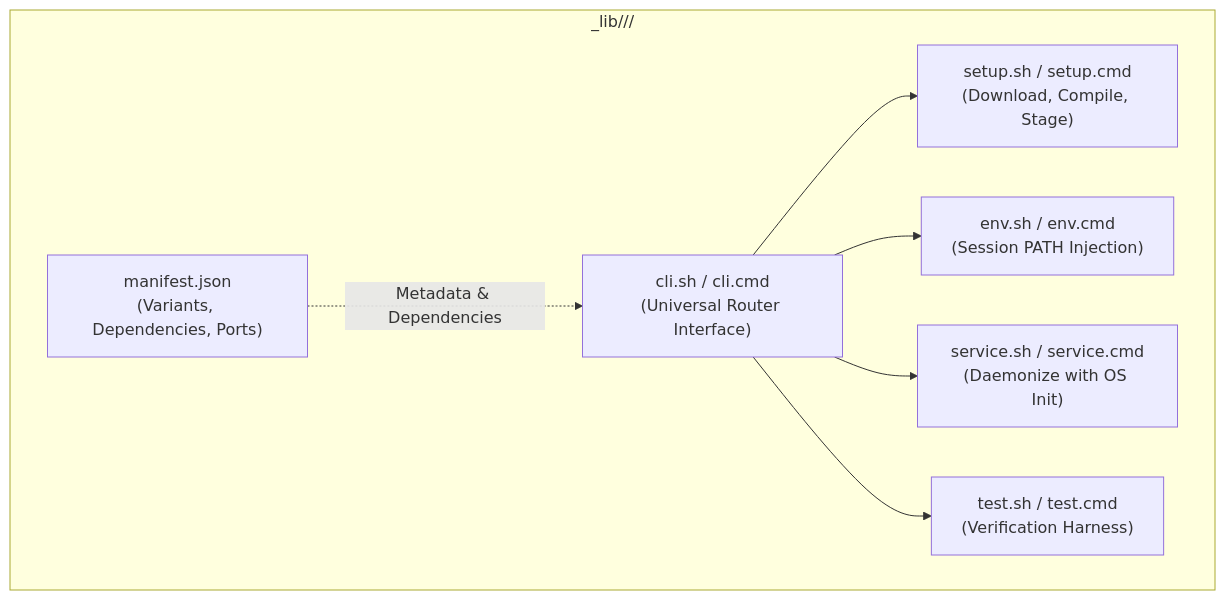
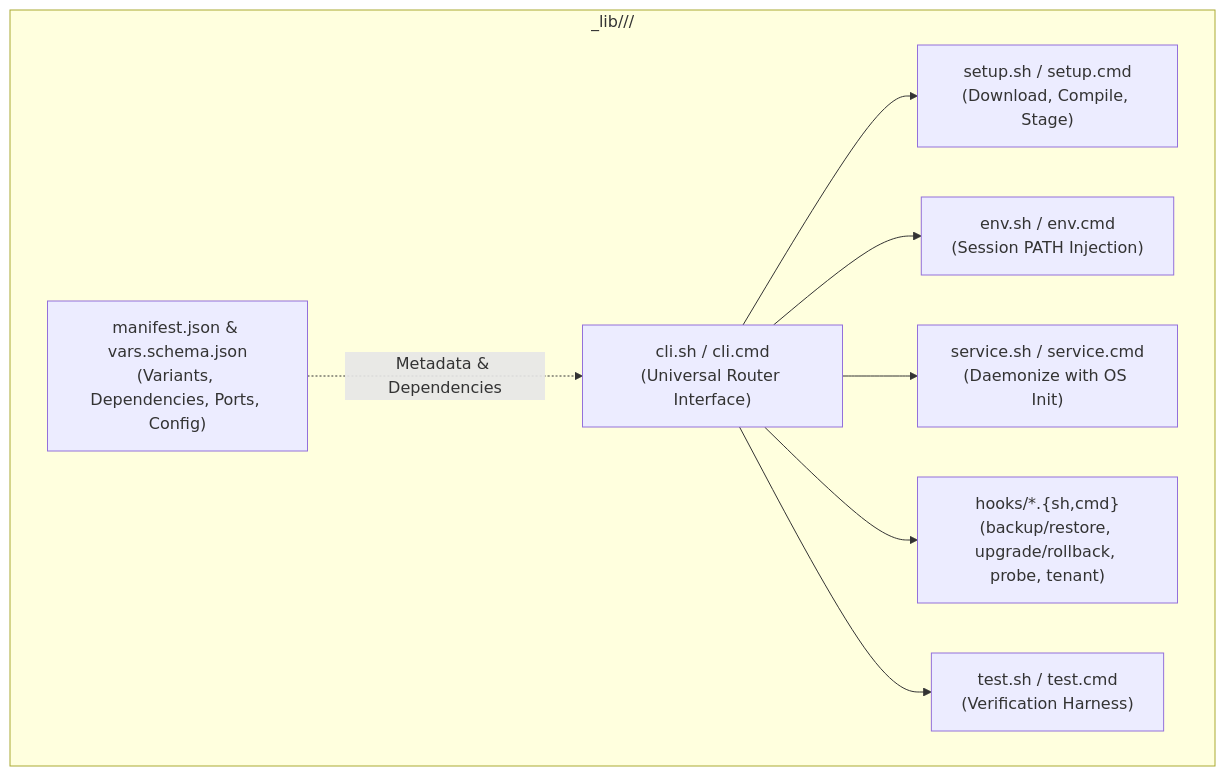
One commit to SamuelMarks/libscript changed the first of 2 diagrams in DEVELOPING.md. Above: the diagram before and after it, drawn with Mermaid. The commit also changed other lines of this file and 3561 other files, not shown here.

````diff
--- a/DEVELOPING.md
+++ b/DEVELOPING.md
@@ -36,17 +40,19 @@
 ```mermaid
 flowchart TD
     subgraph ComponentAnatomy[_lib/<category>/<component>/]
-        Manifest["manifest.json<br/>(Variants, Dependencies, Ports)"]
+        Manifest["manifest.json & vars.schema.json<br/>(Variants, Dependencies, Ports, Config)"]
         CLI["cli.sh / cli.cmd<br/>(Universal Router Interface)"]
         Setup["setup.sh / setup.cmd<br/>(Download, Compile, Stage)"]
         Env["env.sh / env.cmd<br/>(Session PATH Injection)"]
         Service["service.sh / service.cmd<br/>(Daemonize with OS Init)"]
+        Hooks["hooks/*.{sh,cmd}<br/>(backup/restore, upgrade/rollback, probe, tenant)"]
         Test["test.sh / test.cmd<br/>(Verification Harness)"]
     end
 
     CLI --> Setup
     CLI --> Env
     CLI --> Service
+    CLI --> Hooks
     CLI --> Test
     Manifest -.->|Metadata & Dependencies| CLI
 ```
````
